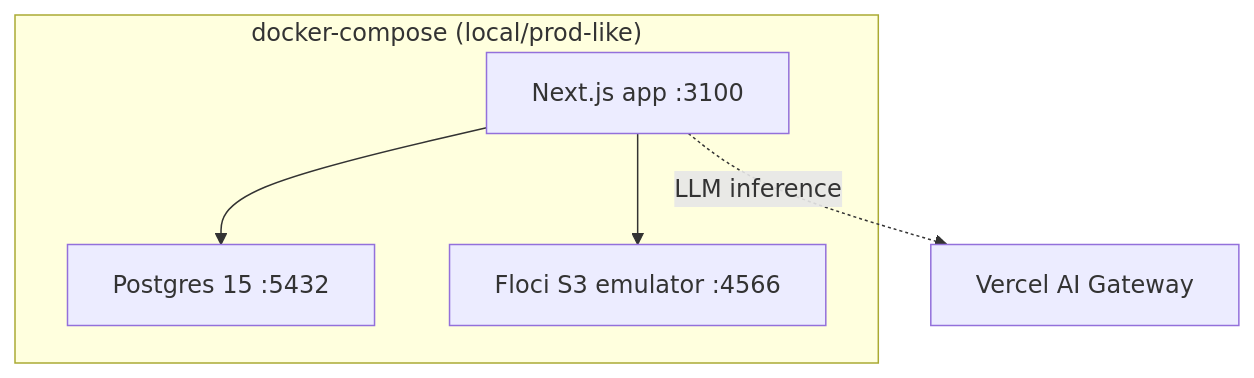
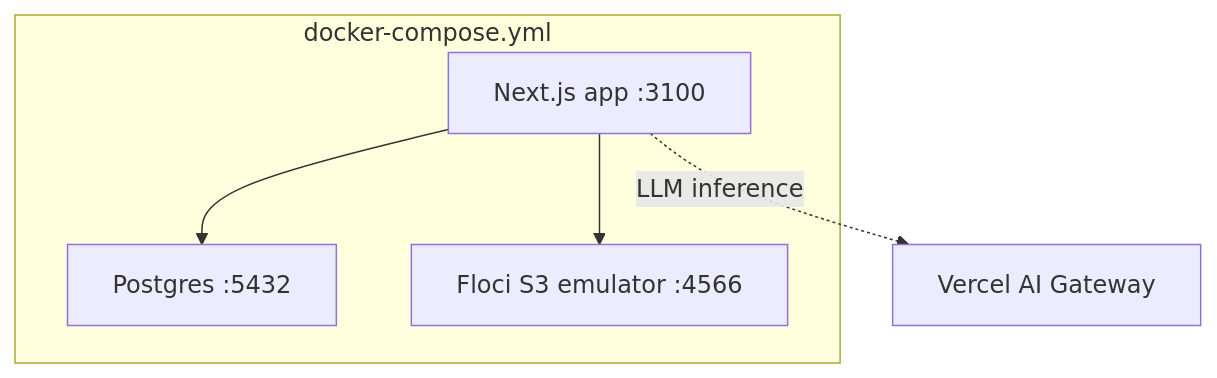
One commit to zen8labs-hackathon/SmartHire changed the second of 9 diagrams in docs/architecture.md. Above: the diagram before and after it, drawn with Mermaid. The commit also changed other lines of this file and 3 other files, not shown here.

First line of the commit message:
Add EC2 auto-deploy workflow and update architecture docs.

````diff
--- a/docs/architecture.md
+++ b/docs/architecture.md
@@ -60,13 +63,13 @@
 ```mermaid
 flowchart TB
-  subgraph Docker["docker-compose (local/prod-like)"]
-    App["Next.js app :3100"]
-    DB["Postgres 15 :5432"]
+  subgraph DockerLocal["docker-compose.yml"]
+    AppL["Next.js app :3100"]
+    DBL["Postgres :5432"]
     Floci["Floci S3 emulator :4566"]
-    App --> DB
-    App --> Floci
+    AppL --> DBL
+    AppL --> Floci
   end
 
   Gateway["Vercel AI Gateway"]
-  App -.->|LLM inference| Gateway
+  AppL -.->|LLM inference| Gateway
 ```
````
